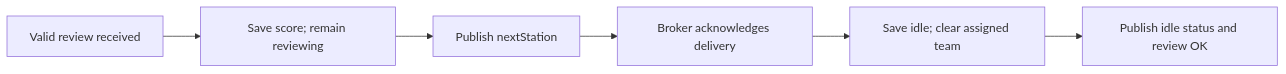
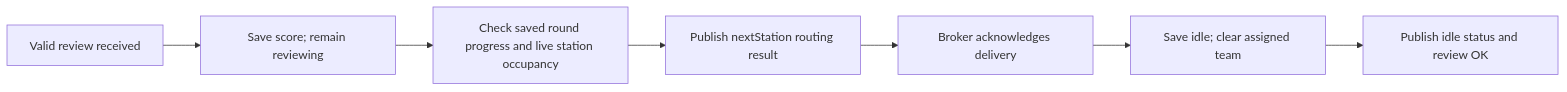
One commit to GnomUltras/backend changed the third of 5 diagrams in README.md. Above: the diagram before and after it, drawn with Mermaid. The commit also changed other lines of this file and 5 other files, not shown here.

````diff
--- a/README.md
+++ b/README.md
@@ -142,8 +143,9 @@
 ```mermaid
 flowchart LR
     R[Valid review received] --> S[Save score; remain reviewing]
-    S --> N[Publish nextStation]
+    S --> D[Check saved round progress and live station occupancy]
+    D --> N[Publish nextStation routing result]
     N --> A[Broker acknowledges delivery]
     A --> I[Save idle; clear assigned team]
     I --> O[Publish idle status and review OK]
 ```
````
